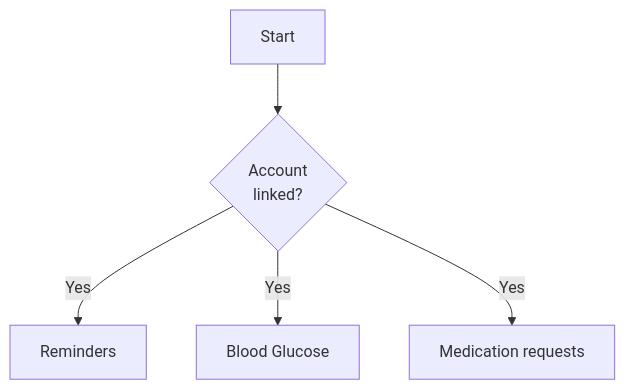
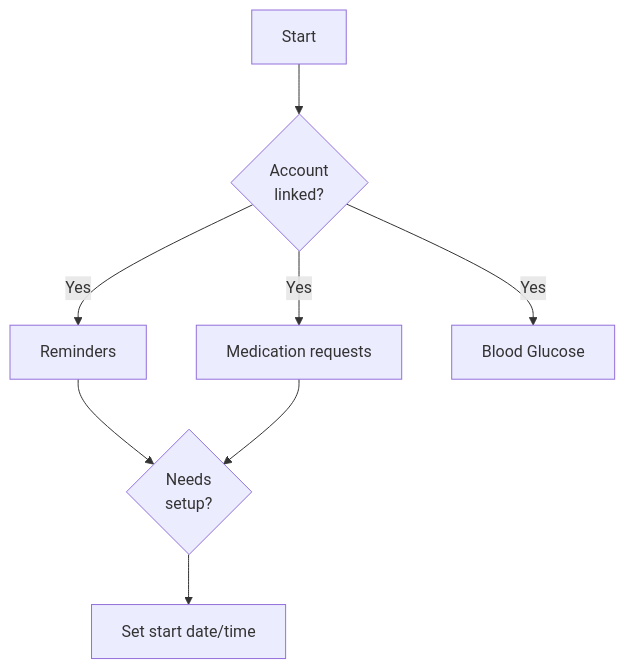
The first of 5 diagrams in alexa-model.md (adonozo/diabetes-assistant-skill), drawn with Mermaid before and after one commit. The commit also changed other lines of this file, not shown here.

````diff
--- a/alexa-model.md
+++ b/alexa-model.md
@@ -3,7 +3,12 @@
 ```mermaid
 graph TD
     Start --> A{Account<br>linked?}
     A -->|Yes| B[Reminders]
+    A -->|Yes| D[Medication requests]
     A -->|Yes| C[Blood Glucose]
-    A -->|Yes| D[Medication requests]
+    E{Needs<br>setup?}
+    F[Set start date/time]
+    B --> E
+    D --> E
+    E --> F 
 ```
````
